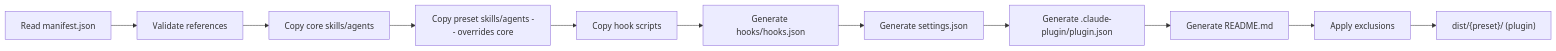
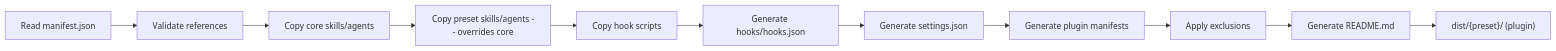
The third of 3 diagrams in README.md (cdcoonce/the-workshop), drawn with Mermaid before and after one commit. The commit also changed other lines of this file and 47 other files, not shown here.

````diff
--- a/README.md
+++ b/README.md
@@ -304,13 +399,13 @@
 ```mermaid
 flowchart LR
     A[Read manifest.json] --> B[Validate references]
     B --> C[Copy core skills/agents]
     C --> D[Copy preset skills/agents -- overrides core]
     D --> E[Copy hook scripts]
     E --> F[Generate hooks/hooks.json]
     F --> G[Generate settings.json]
-    G --> H[Generate .claude-plugin/plugin.json]
-    H --> I[Generate README.md]
-    I --> J[Apply exclusions]
+    G --> H[Generate plugin manifests]
+    H --> I[Apply exclusions]
+    I --> J[Generate README.md]
     J --> K["dist/{preset}/ (plugin)"]
 ```
````
